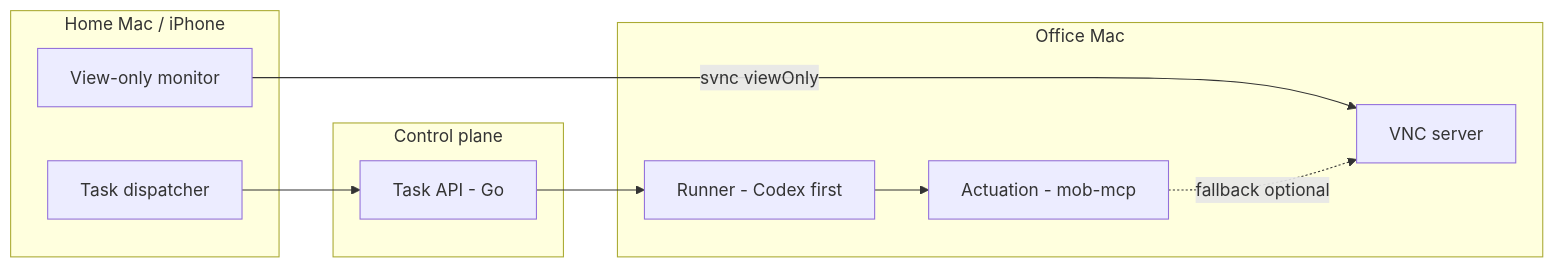
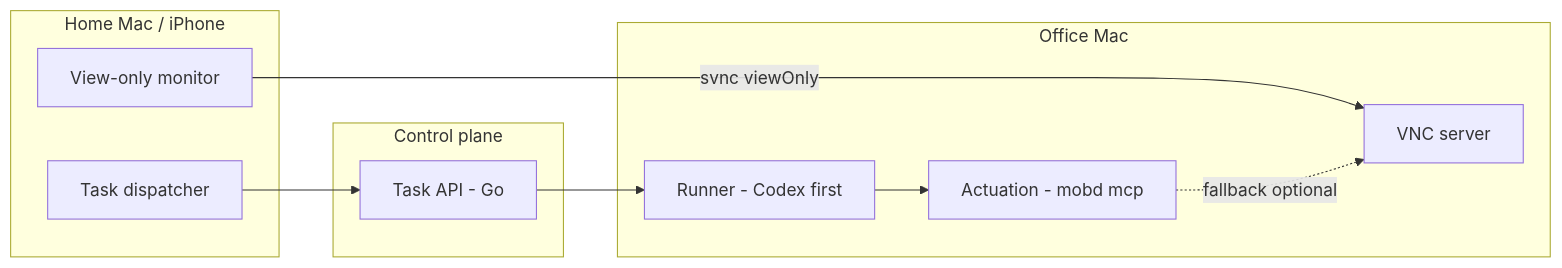
One commit to CooCoode/mob changed the diagram in README.md. Above: the diagram before and after it, drawn with Mermaid. The commit also changed other lines of this file and 42 other files, not shown here.

First line of the commit message:
feat(mobd)!: serve desktop actuation from the mobd binary

````diff
--- a/README.md
+++ b/README.md
@@ -21,23 +21,23 @@
 ```mermaid
 flowchart LR
   subgraph clients [Home Mac / iPhone]
     D[Task dispatcher]
     M[View-only monitor]
   end
 
   subgraph control [Control plane]
     API[Task API - Go]
   end
 
   subgraph office [Office Mac]
     R[Runner - Codex first]
-    A[Actuation - mob-mcp]
+    A[Actuation - mobd mcp]
     V[VNC server]
   end
 
   D --> API
   API --> R
   R --> A
   M -->|svnc viewOnly| V
   A -.->|fallback optional| V
 ```
````
